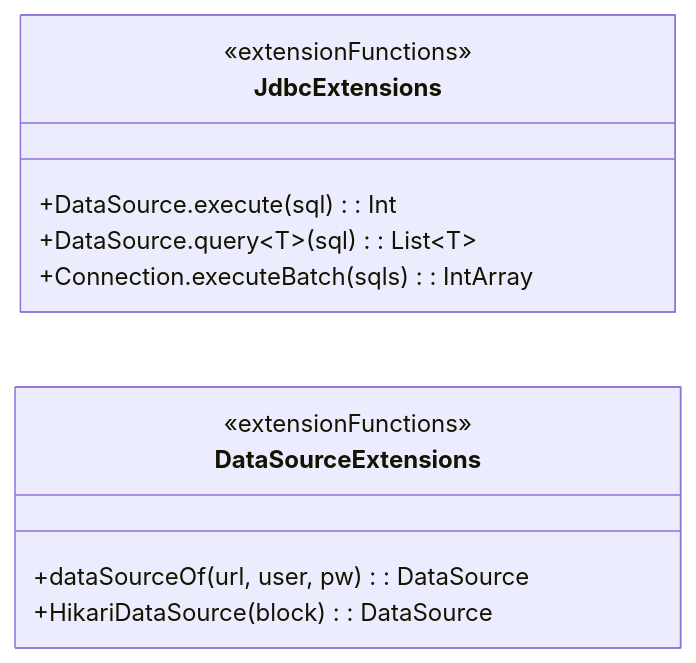
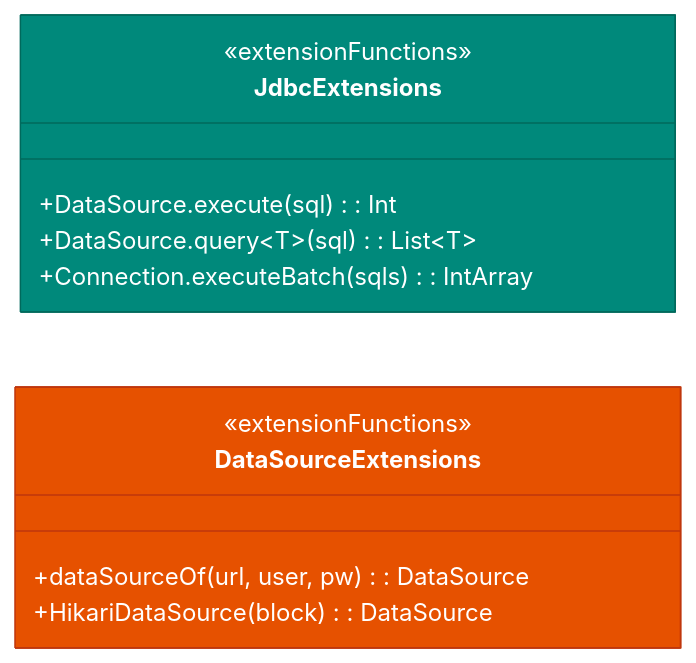
One commit to bluetape4k/bluetape4k-projects changed the first of 3 diagrams in data/jdbc/README.md. Above: the diagram before and after it, drawn with Mermaid. The commit also changed other lines of this file and 221 other files, not shown here.

First line of the commit message:
docs: 전체 모듈 README UML 다이어그램 보강 및 색상 업그레이드

````diff
--- a/data/jdbc/README.md
+++ b/data/jdbc/README.md
@@ -479,16 +479,18 @@
 ```mermaid
 classDiagram
     direction LR
     class JdbcExtensions {
         <<extensionFunctions>>
         +DataSource.execute(sql): Int
         +DataSource.query~T~(sql): List~T~
         +Connection.executeBatch(sqls): IntArray
     }
     class DataSourceExtensions {
         <<extensionFunctions>>
         +dataSourceOf(url, user, pw): DataSource
         +HikariDataSource(block): DataSource
     }
 
+    style JdbcExtensions fill:#00897B,stroke:#00695C,color:#FFFFFF
+    style DataSourceExtensions fill:#E65100,stroke:#BF360C,color:#FFFFFF
 ```
````
